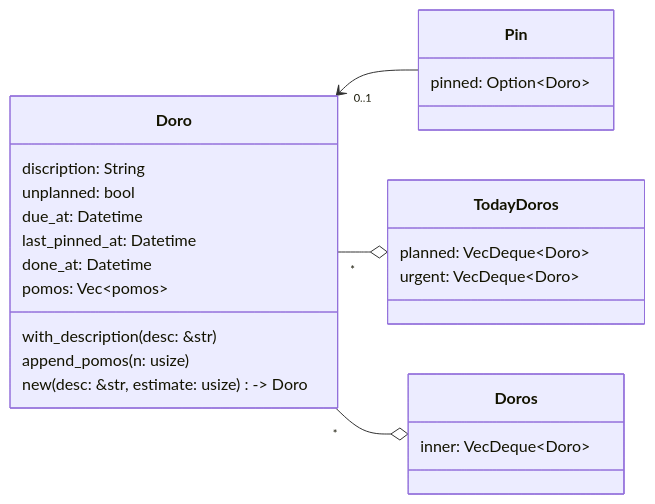
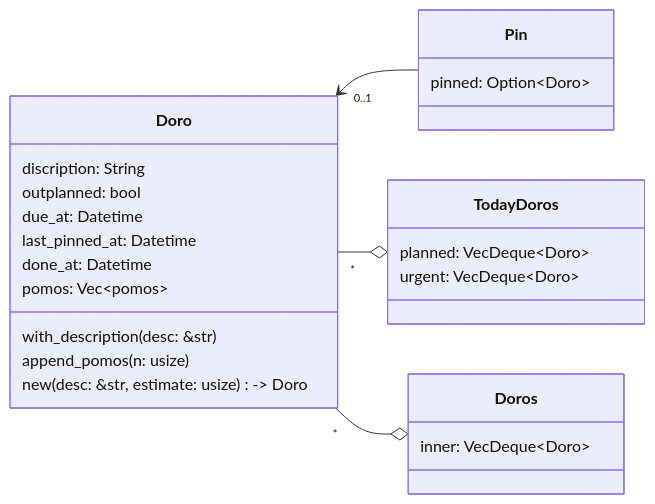
Before and after one commit to huangjj27/huangjj27.github.io: the diagram in src/pomo_doro/estimate-interuption.md, drawn with Mermaid. The commit also changed other lines of this file and 1 other file, not shown here.

Commit message:
修改术语： unplanned -> outplanned

````diff
--- a/src/pomo_doro/estimate-interuption.md
+++ b/src/pomo_doro/estimate-interuption.md
@@ -32,33 +31,33 @@
 ```mermaid
 classDiagram
     direction RL
 
     Pin --> "0..1" Doro
     TodayDoros o-- "*" Doro
     Doros o-- "*" Doro
 
     class Doro {
         discription: String
-        unplanned: bool
+        outplanned: bool
         due_at: Datetime
         last_pinned_at: Datetime
         done_at: Datetime
         pomos: Vec~pomos~
         with_description(desc: &str)
         append_pomos(n: usize)
         new(desc: &str, estimate: usize) -> Doro
     }
 
     class TodayDoros {
         planned: VecDeque~Doro~
         urgent: VecDeque~Doro~
     }
 
     class Doros {
         inner: VecDeque~Doro~
     }
 
     class Pin {
         pinned: Option~Doro~
     }
 ```
````
